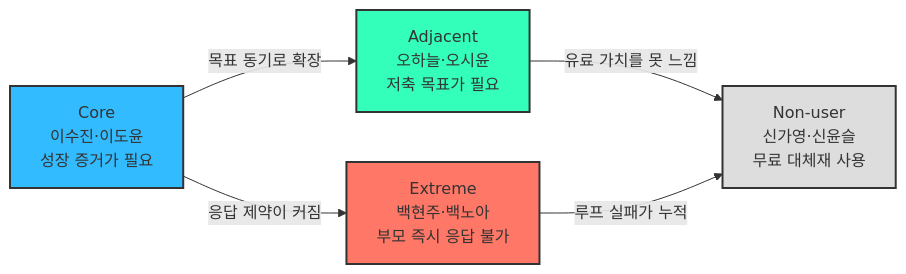
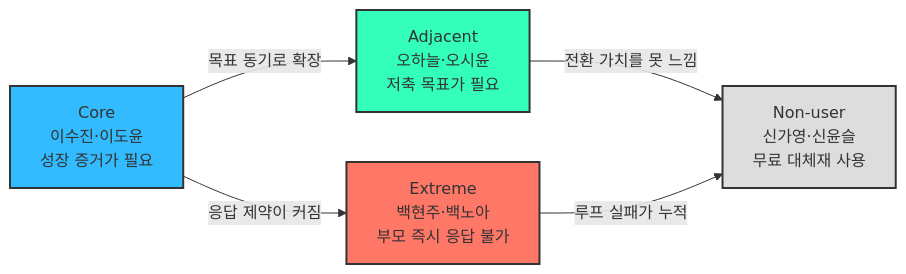
Before and after one commit to scene-one/team1_fin-friends: the diagram in 공용공간/페르소나_스펙트럼_v1.md, drawn with Mermaid. The commit also changed other lines of this file and 2 other files, not shown here.

````diff
--- a/공용공간/페르소나_스펙트럼_v1.md
+++ b/공용공간/페르소나_스펙트럼_v1.md
@@ -179,17 +182,17 @@
 ```mermaid
 graph LR
     A["Core<br/>이수진·이도윤<br/>성장 증거가 필요"]
     B["Adjacent<br/>오하늘·오시윤<br/>저축 목표가 필요"]
     C["Extreme<br/>백현주·백노아<br/>부모 즉시 응답 불가"]
     D["Non-user<br/>신가영·신윤슬<br/>무료 대체재 사용"]
 
     A -->|"목표 동기로 확장"| B
     A -->|"응답 제약이 커짐"| C
-    B -->|"유료 가치를 못 느낌"| D
+    B -->|"전환 가치를 못 느낌"| D
     C -->|"루프 실패가 누적"| D
 
     style A fill:#33BBFF,stroke:#333,stroke-width:2px
     style B fill:#33FFBB,stroke:#333,stroke-width:2px
     style C fill:#FF7766,stroke:#333,stroke-width:2px
     style D fill:#DDDDDD,stroke:#333,stroke-width:2px
 ```
````
